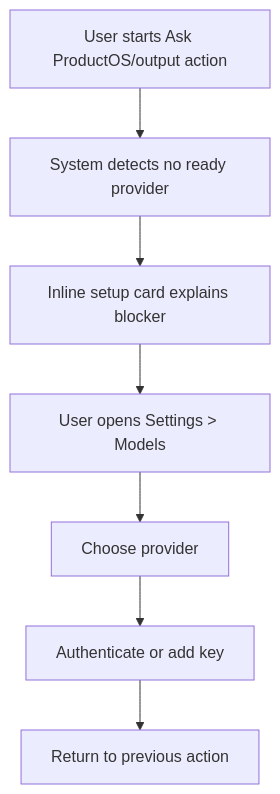
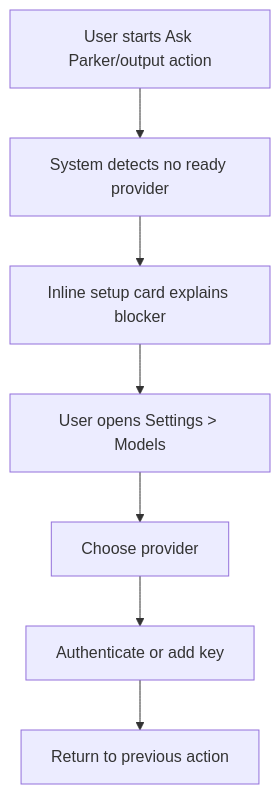
The fourth of 5 diagrams in docs/features/ux/productos-simplified-user-journeys.md (AIResearchFactory/productOS), drawn with Mermaid before and after one commit. The commit also changed other lines of this file and 7 other files, not shown here.

Commit message:
refactor: rebrand ProductOS AI assistant to Parker and update design documentation accordingly

````diff
--- a/docs/features/ux/productos-simplified-user-journeys.md
+++ b/docs/features/ux/productos-simplified-user-journeys.md
@@ -191,9 +191,9 @@
 ```mermaid
 flowchart TD
-  A[User starts Ask ProductOS/output action] --> B[System detects no ready provider]
+  A[User starts Ask Parker/output action] --> B[System detects no ready provider]
   B --> C[Inline setup card explains blocker]
   C --> D[User opens Settings > Models]
   D --> E[Choose provider]
   E --> F[Authenticate or add key]
   F --> G[Return to previous action]
 ```
````
